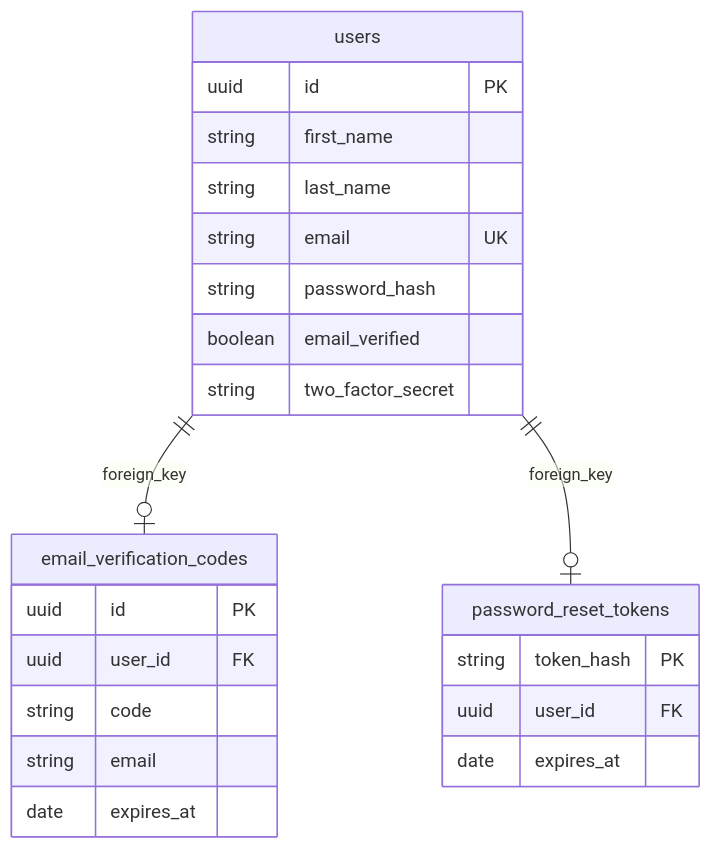
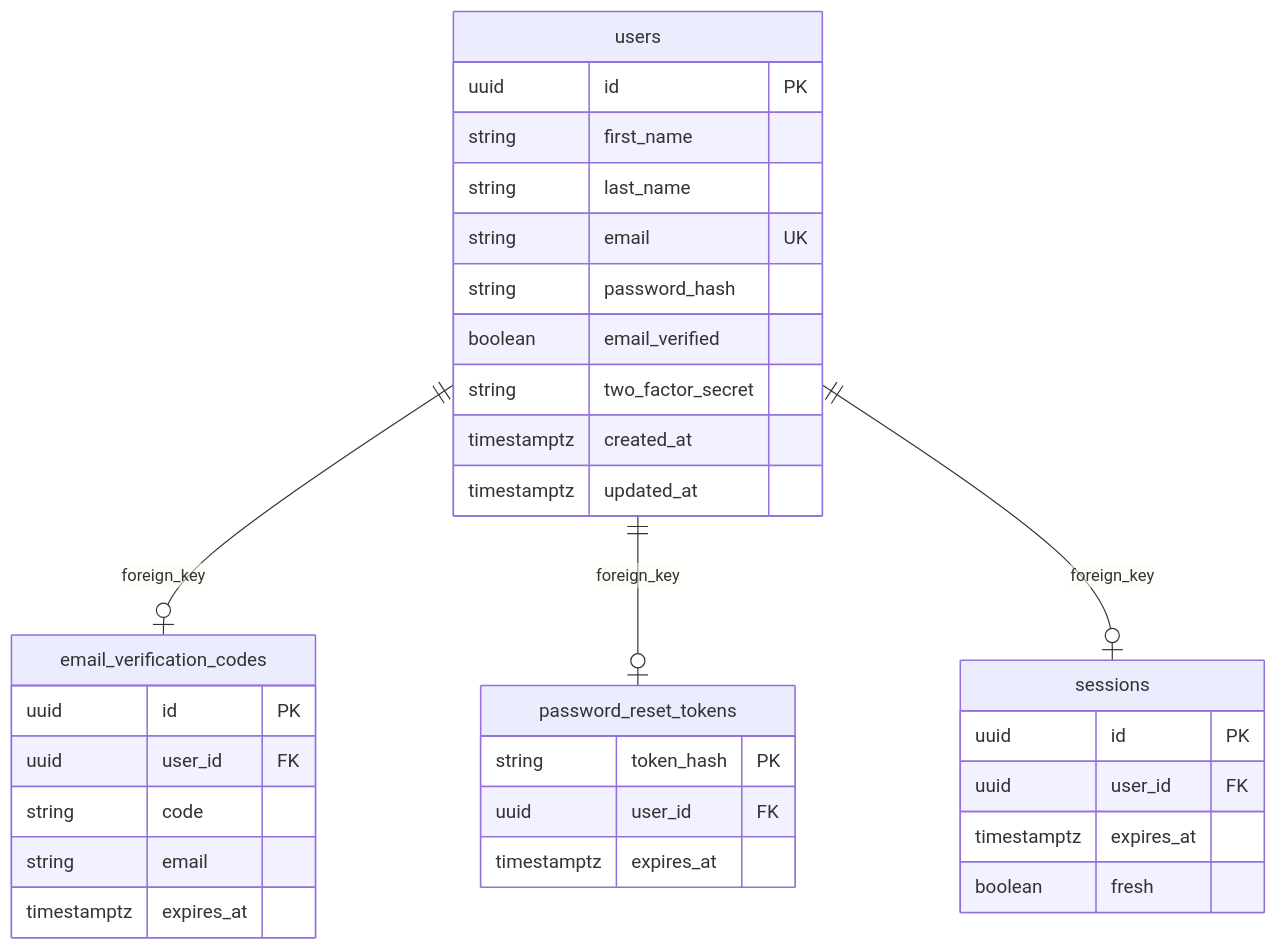
Before and after one commit to TomBosmans/card-vault: the diagram in docs/data-model/ERD.md, drawn with Mermaid. The commit also changed 3 other files, not shown here.

````diff
--- a/docs/data-model/ERD.md
+++ b/docs/data-model/ERD.md
@@ -3,29 +3,39 @@
 ```mermaid
 erDiagram
   users {
     uuid id PK
     string first_name
     string last_name
     string email UK
     string password_hash
     boolean email_verified
     string two_factor_secret
+    timestamptz created_at
+    timestamptz updated_at
+  }
+
+  sessions {
+    uuid id PK
+    uuid user_id FK
+    timestamptz expires_at
+    boolean fresh
   }
 
   email_verification_codes {
     uuid id PK
     uuid user_id FK
     string code
     string email
-    date expires_at
+    timestamptz expires_at
   }
 
   password_reset_tokens {
     string token_hash PK
     uuid user_id FK
-    date expires_at
+    timestamptz expires_at
   }
 
   users ||--o| email_verification_codes : foreign_key
   users ||--o| password_reset_tokens : foreign_key
+  users ||--o| sessions : foreign_key
 ```
````
